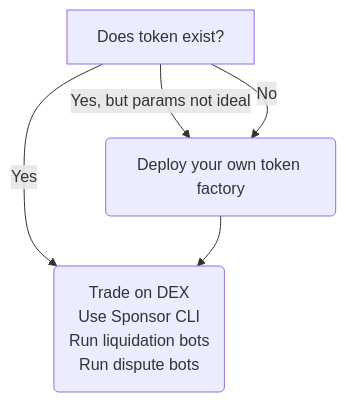
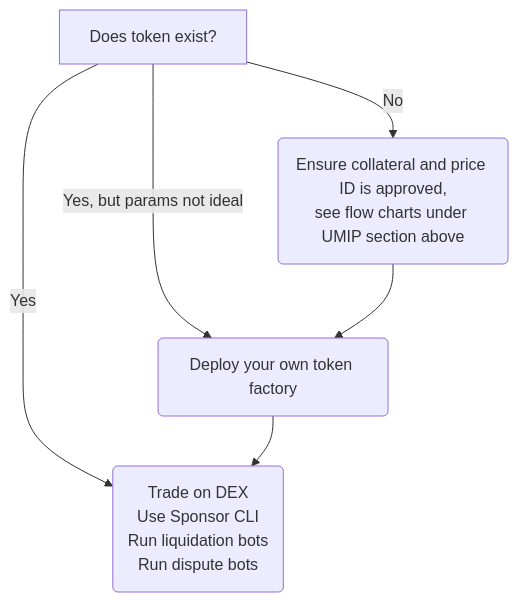
Before and after one commit to studydefi/studydefi.com: the fifth of 5 diagrams in content/blog/tsla-on-mainnet/index.md, drawn with Mermaid.

Commit message:
clarify flowchart

````diff
--- a/content/blog/tsla-on-mainnet/index.md
+++ b/content/blog/tsla-on-mainnet/index.md
@@ -114,8 +114,8 @@
 ```mermaid
 graph TD
   A[Does token exist?]
   A --> |Yes| B(Trade on DEX<br />Use Sponsor CLI<br />Run liquidation bots<br />Run dispute bots)
-  A --> |Yes, but params not ideal| C(Do the parameters satisfy you?)
-  A --> |No| C(Deploy your own token factory)
+  A --> |Yes, but params not ideal| C(Deploy your own token factory)
+  A --> |No| D(Ensure collateral and price ID is approved,<br />see flow charts under UMIP section above) --> C
   C --> B
 ```
````
